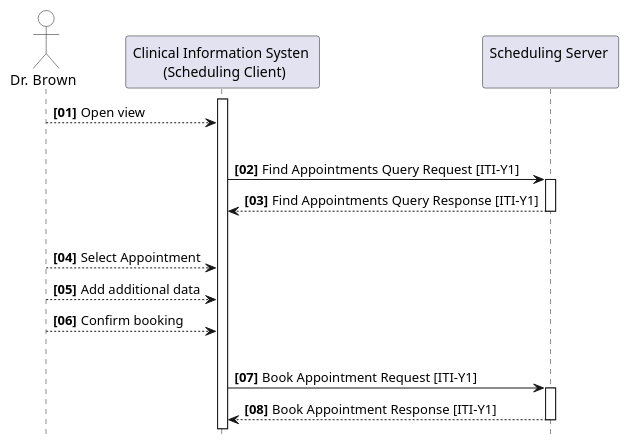
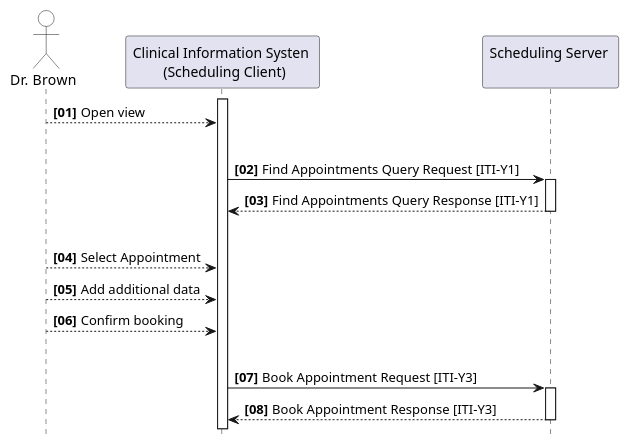
One commit to IHE/ITI.Scheduling changed the diagram in input/images-source/uc1-flow.plantuml. Above: the diagram before and after it, drawn with PlantUML. The commit also changed 2 other files, not shown here.

```diff
--- a/input/images-source/uc1-flow.plantuml
+++ b/input/images-source/uc1-flow.plantuml
@@ -1,34 +1,34 @@
 @startuml
 skinparam responseMessageBelowArrow true
 skinparam svgDimensionStyle false
 hide footbox
 
 actor "Dr. Brown" as User #FFFFFF
 participant "Clinical Information Systen \n (Scheduling Client)" as RequestingActor
 participant "Scheduling Server \n" as RespondingActor
 
 autonumber 1 1 "<b>[00]"
 
 activate "RequestingActor"
 User --> RequestingActor: Open view
 
 |||
 RequestingActor -> RespondingActor: Find Appointments Query Request [ITI-Y1]
 activate "RespondingActor"
 RespondingActor --> RequestingActor: Find Appointments Query Response [ITI-Y1]
 deactivate "RespondingActor"
 
 |||
 User --> RequestingActor: Select Appointment
 User --> RequestingActor: Add additional data
 User --> RequestingActor: Confirm booking
 
 |||
-RequestingActor -> RespondingActor: Book Appointment Request [ITI-Y1]
+RequestingActor -> RespondingActor: Book Appointment Request [ITI-Y3]
 activate "RespondingActor"
-RespondingActor --> RequestingActor: Book Appointment Response [ITI-Y1]
+RespondingActor --> RequestingActor: Book Appointment Response [ITI-Y3]
 deactivate "RespondingActor"
 
 autonumber stop
 
 @enduml
```
